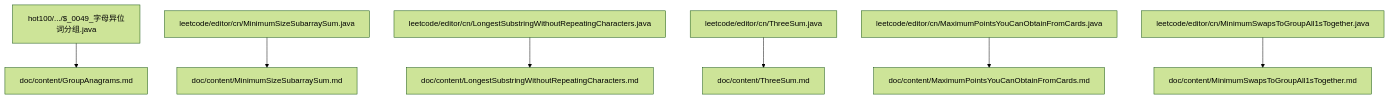
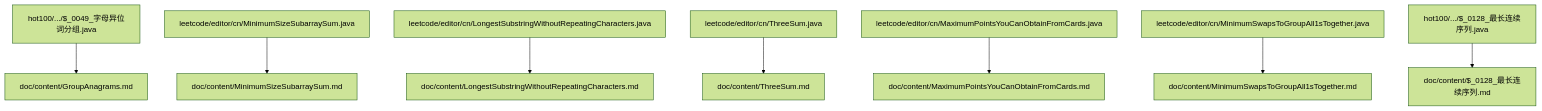
Before and after one commit to clq716/leetcode: the first of 11 diagrams in .qoder/repowiki/zh/content/Hot100热门题解/中等题解/中等题解.md, drawn with Mermaid (forest theme). The commit also changed other lines of this file and 17 other files, not shown here.

````diff
--- a/.qoder/repowiki/zh/content/Hot100热门题解/中等题解/中等题解.md
+++ b/.qoder/repowiki/zh/content/Hot100热门题解/中等题解/中等题解.md
@@ -47,9 +56,10 @@
 ```mermaid
 graph TB
 A["hot100/.../$_0049_字母异位词分组.java"] --> B["doc/content/GroupAnagrams.md"]
 C["leetcode/editor/cn/MinimumSizeSubarraySum.java"] --> D["doc/content/MinimumSizeSubarraySum.md"]
 E["leetcode/editor/cn/LongestSubstringWithoutRepeatingCharacters.java"] --> F["doc/content/LongestSubstringWithoutRepeatingCharacters.md"]
 G["leetcode/editor/cn/ThreeSum.java"] --> H["doc/content/ThreeSum.md"]
 I["leetcode/editor/cn/MaximumPointsYouCanObtainFromCards.java"] --> J["doc/content/MaximumPointsYouCanObtainFromCards.md"]
 K["leetcode/editor/cn/MinimumSwapsToGroupAll1sTogether.java"] --> L["doc/content/MinimumSwapsToGroupAll1sTogether.md"]
+M["hot100/.../$_0128_最长连续序列.java"] --> N["doc/content/$_0128_最长连续序列.md"]
 ```
````
